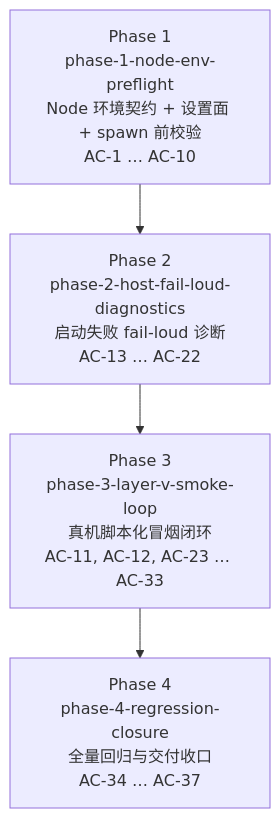
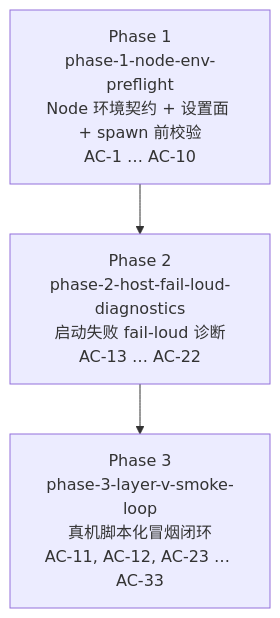
One commit to chenxidada/deepseek-harness changed the diagram in .specdev/specs/vscode-dsh-usable-loop/phase-plan.md. Above: the diagram before and after it, drawn with Mermaid. The commit also changed other lines of this file and 92 other files, not shown here.

````diff
--- a/.specdev/specs/vscode-dsh-usable-loop/phase-plan.md
+++ b/.specdev/specs/vscode-dsh-usable-loop/phase-plan.md
@@ -34,6 +33,5 @@
 ```mermaid
 graph TD
   P1["Phase 1<br/>phase-1-node-env-preflight<br/>Node 环境契约 + 设置面 + spawn 前校验<br/>AC-1 … AC-10"] --> P2["Phase 2<br/>phase-2-host-fail-loud-diagnostics<br/>启动失败 fail-loud 诊断<br/>AC-13 … AC-22"]
   P2 --> P3["Phase 3<br/>phase-3-layer-v-smoke-loop<br/>真机脚本化冒烟闭环<br/>AC-11, AC-12, AC-23 … AC-33"]
-  P3 --> P4["Phase 4<br/>phase-4-regression-closure<br/>全量回归与交付收口<br/>AC-34 … AC-37"]
 ```
````
